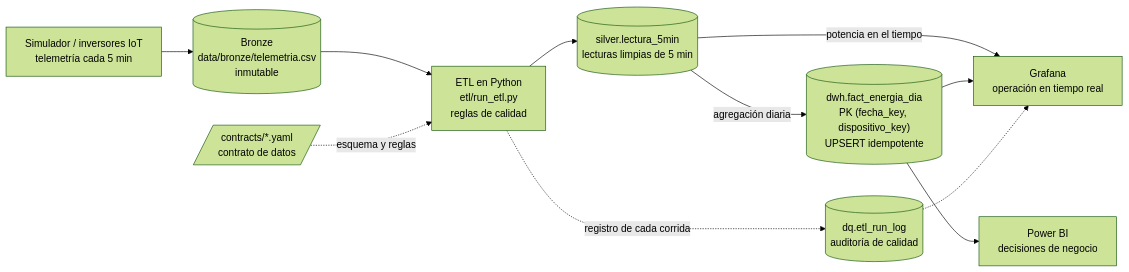
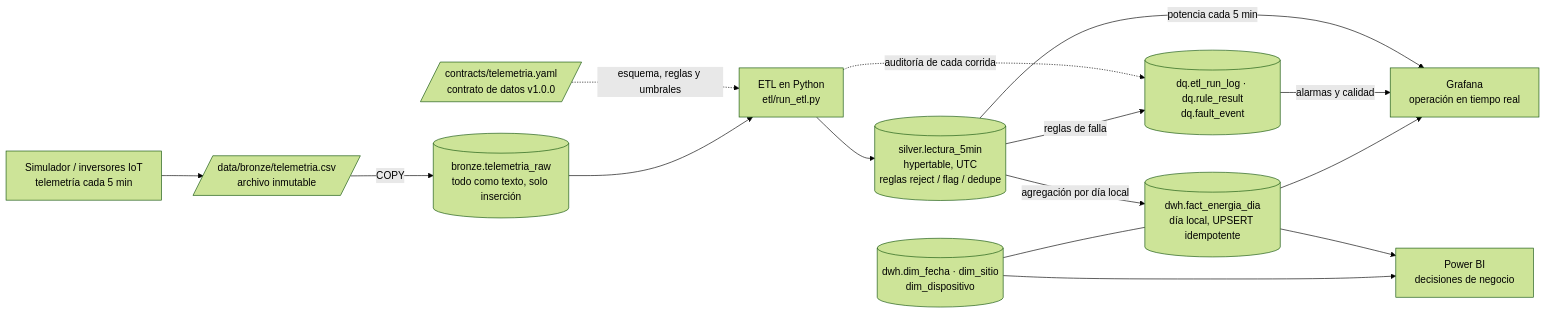
The first of 3 diagrams in docs/architecture.md (romerobrayan/solarbi-romero-dorado), drawn with Mermaid (forest theme) before and after one commit. The commit also changed other lines of this file and 2 other files, not shown here.

First line of the commit message:
docs: viaje de una lectura, modelo de datos y guía de la fase 1

````diff
--- a/docs/architecture.md
+++ b/docs/architecture.md
@@ -6,23 +10,29 @@
 ```mermaid
 flowchart LR
     SRC["Simulador / inversores IoT<br/>telemetría cada 5 min"]
-    BRZ[("Bronze<br/>data/bronze/telemetria.csv<br/>inmutable")]
-    CON[/"contracts/*.yaml<br/>contrato de datos"/]
-    ETL["ETL en Python<br/>etl/run_etl.py<br/>reglas de calidad"]
-    SLV[("silver.lectura_5min<br/>lecturas limpias de 5 min")]
-    GLD[("dwh.fact_energia_dia<br/>PK (fecha_key, dispositivo_key)<br/>UPSERT idempotente")]
-    DQ[("dq.etl_run_log<br/>auditoría de calidad")]
+    CSV[/"data/bronze/telemetria.csv<br/>archivo inmutable"/]
+    CON[/"contracts/telemetria.yaml<br/>contrato de datos v1.0.0"/]
+    ETL["ETL en Python<br/>etl/run_etl.py"]
+    RAW[("bronze.telemetria_raw<br/>todo como texto, solo inserción")]
+    SLV[("silver.lectura_5min<br/>hypertable, UTC<br/>reglas reject / flag / dedupe")]
+    GLD[("dwh.fact_energia_dia<br/>día local, UPSERT idempotente")]
+    DIM[("dwh.dim_fecha · dim_sitio<br/>dim_dispositivo")]
+    DQ[("dq.etl_run_log · dq.rule_result<br/>dq.fault_event")]
     GRA["Grafana<br/>operación en tiempo real"]
     PBI["Power BI<br/>decisiones de negocio"]
 
-    SRC --> BRZ
-    BRZ --> ETL
-    CON -. esquema y reglas .-> ETL
+    SRC --> CSV
+    CSV -->|COPY| RAW
+    CON -. esquema, reglas y umbrales .-> ETL
+    RAW --> ETL
     ETL --> SLV
-    ETL -. registro de cada corrida .-> DQ
-    SLV -->|agregación diaria| GLD
-    SLV -->|potencia en el tiempo| GRA
+    ETL -. auditoría de cada corrida .-> DQ
+    SLV -->|agregación por día local| GLD
+    DIM --- GLD
+    SLV -->|reglas de falla| DQ
+    SLV -->|potencia cada 5 min| GRA
+    DQ -->|alarmas y calidad| GRA
     GLD --> GRA
     GLD --> PBI
-    DQ -.-> GRA
+    DIM --> PBI
 ```
````
